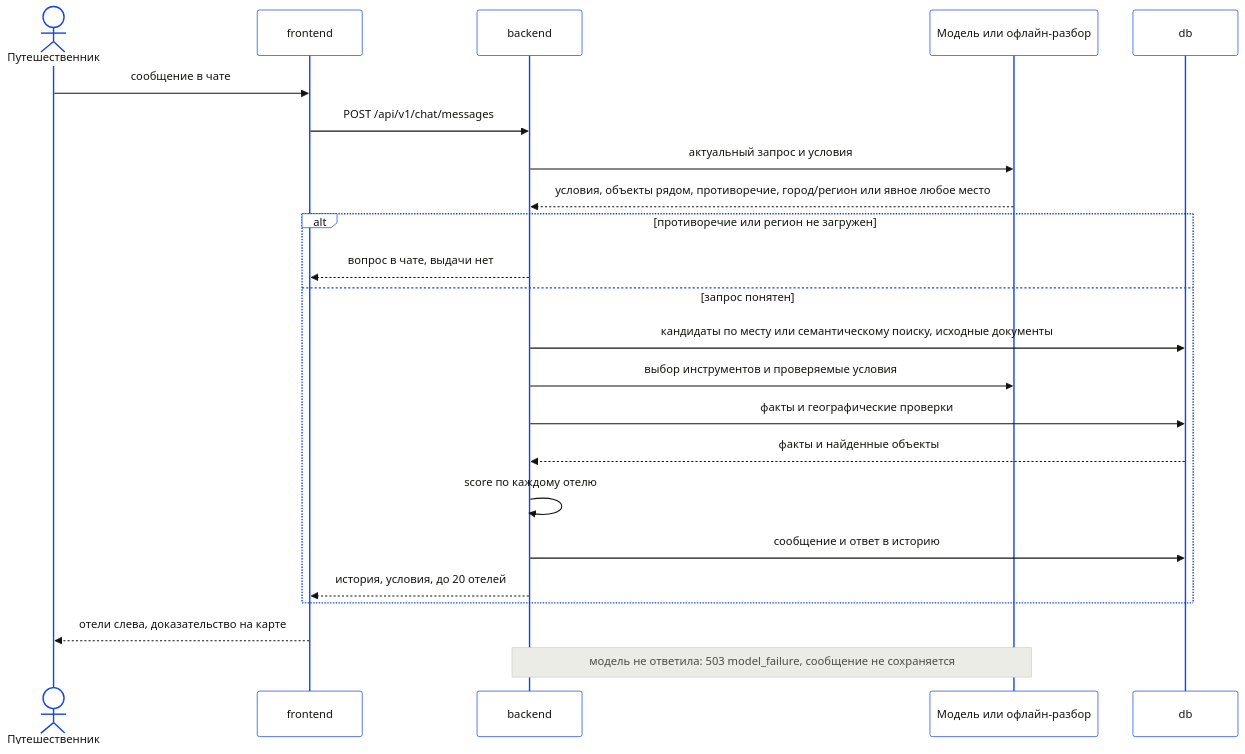
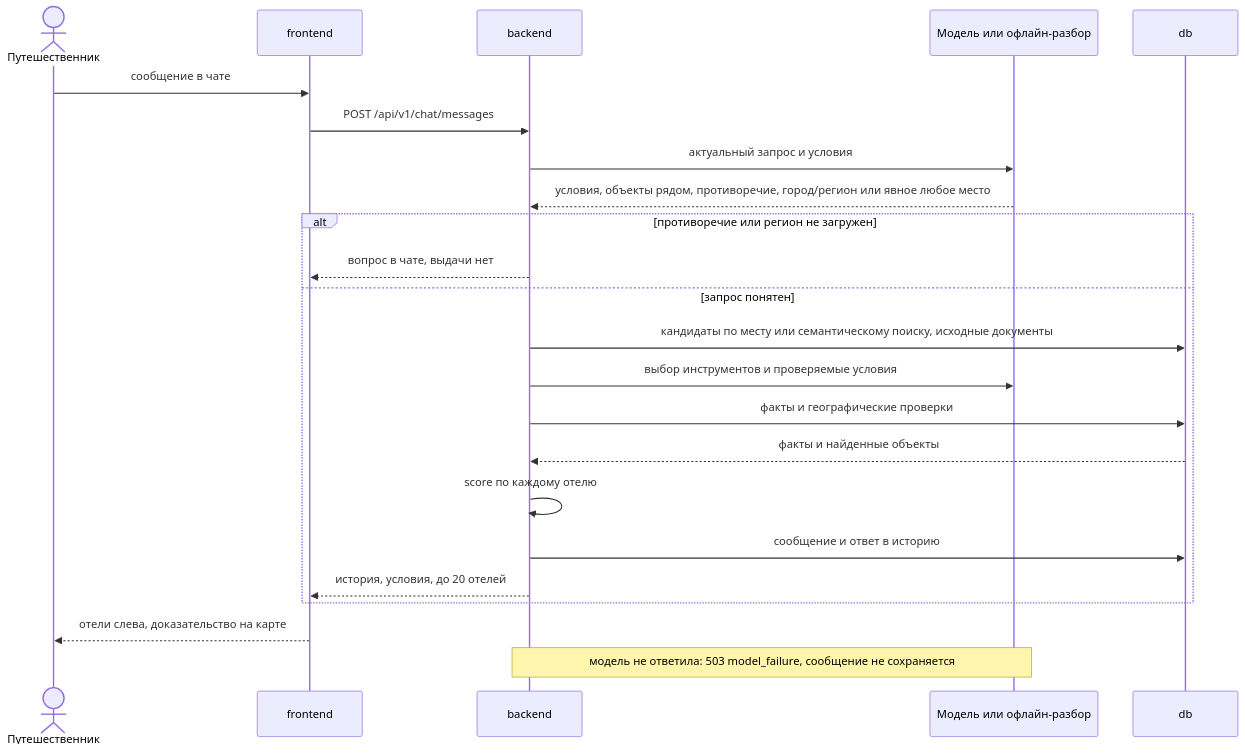
One commit to GoatWhistle/ostrovok changed the third of 3 diagrams in docs/architecture.md. Above: the diagram before and after it, drawn with Mermaid. The commit also changed other lines of this file and 4 other files, not shown here.

Commit message:
docs(readme): attach the question branch, theme-neutral mermaid

````diff
--- a/docs/architecture.md
+++ b/docs/architecture.md
@@ -70,26 +68,25 @@
 ```mermaid
-%%{init: {"theme":"base","themeVariables":{"primaryColor":"#ffffff","primaryTextColor":"#12140f","primaryBorderColor":"#1546db","secondaryColor":"#eaece5","tertiaryColor":"#f4f5f1","lineColor":"#61665a","textColor":"#12140f","noteBkgColor":"#eaece5","noteTextColor":"#4a4e44","actorBkg":"#ffffff","actorBorder":"#1546db","fontFamily":"Manrope Variable"}}}%%
 sequenceDiagram
     actor U as Путешественник
     participant FE as frontend
     participant BE as backend
     participant LLM as Модель или офлайн-разбор
     participant DB as db
     U->>FE: сообщение в чате
     FE->>BE: POST /api/v1/chat/messages
     BE->>LLM: актуальный запрос и условия
     LLM-->>BE: условия, объекты рядом, противоречие, город/регион или явное любое место
     alt противоречие или регион не загружен
         BE-->>FE: вопрос в чате, выдачи нет
     else запрос понятен
         BE->>DB: кандидаты по месту или семантическому поиску, исходные документы
         BE->>LLM: выбор инструментов и проверяемые условия
         BE->>DB: факты и географические проверки
         DB-->>BE: факты и найденные объекты
         BE->>BE: score по каждому отелю
         BE->>DB: сообщение и ответ в историю
         BE-->>FE: история, условия, до 20 отелей
     end
     FE-->>U: отели слева, доказательство на карте
     Note over BE,LLM: модель не ответила: 503 model_failure, сообщение не сохраняется
 ```
````
